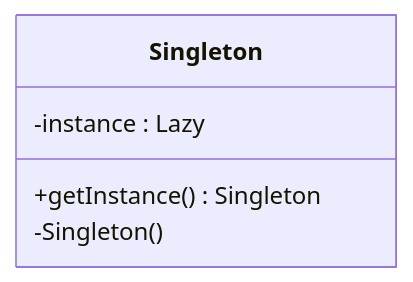
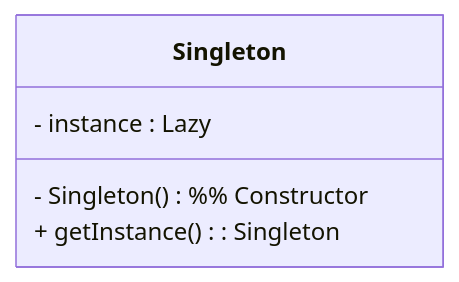
The diagram in low-level-design/design-patterns/creational/singleton.md (SuyashBhiste/dump-thoughts), drawn with Mermaid before and after one commit.

Commit message:
Modified singleton class diagram

````diff
--- a/low-level-design/design-patterns/creational/singleton.md
+++ b/low-level-design/design-patterns/creational/singleton.md
@@ -21,8 +21,8 @@
 ```mermaid
 classDiagram
       class Singleton{
-          -instance : Lazy<Singleton>
-          +getInstance() Singleton
-          -Singleton()
+          - instance : Lazy<Singleton>
+          - Singleton() %% Constructor
+          + getInstance() : Singleton
       }
 ```
````
